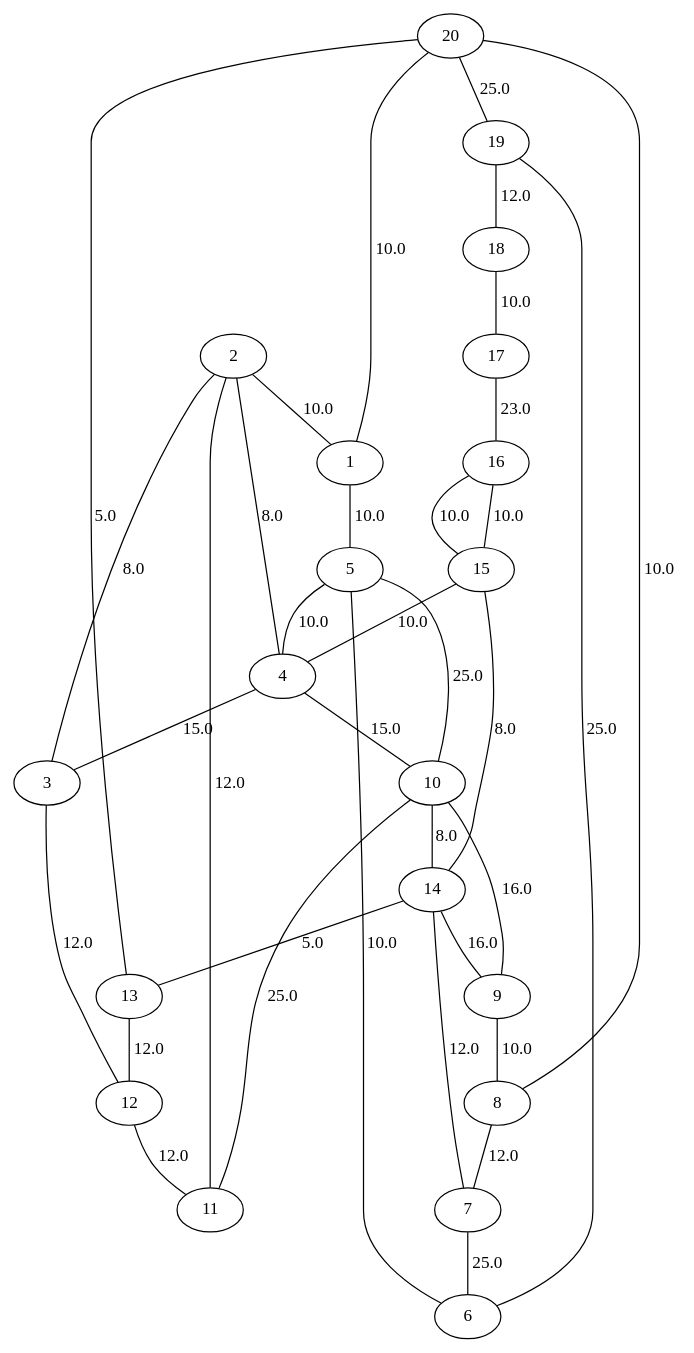
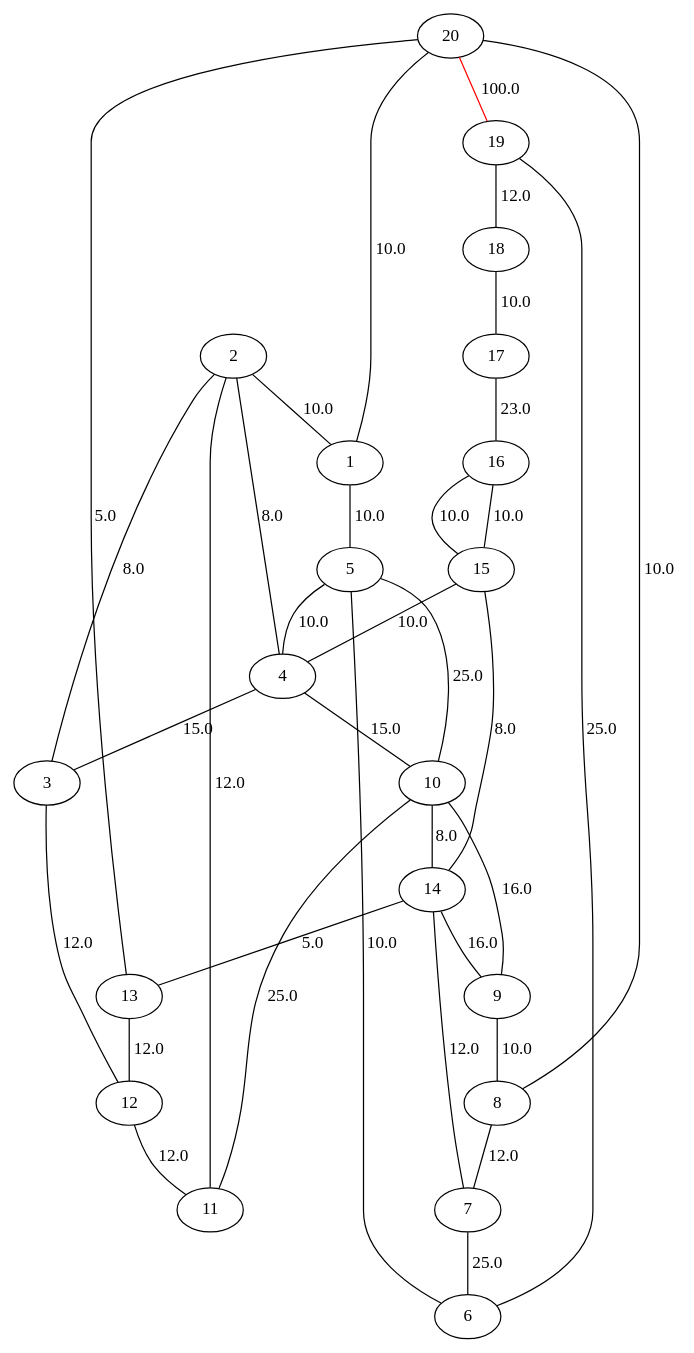
Before and after one commit to anotherhelloworld/graphvlad: the diagram in report/graphs/small.dot, drawn with Graphviz. The commit also changed 3 other files, not shown here.

```diff
--- a/report/graphs/small.dot
+++ b/report/graphs/small.dot
@@ -1,36 +1,36 @@
 graph G {
 	2 -- 1 [label = "10.0"]
 	3 -- 2 [label = "8.0"]
 	4 -- 3 [label = "15.0"]
 	5 -- 4 [label = "10.0"]
 	6 -- 5 [label = "10.0"]
 	7 -- 6 [label = "25.0"]
 	8 -- 7 [label = "12.0"]
 	9 -- 8 [label = "10.0"]
 	10 -- 9 [label = "16.0"]
 	11 -- 10 [label = "25.0"]
 	12 -- 11 [label = "12.0"]
 	13 -- 12 [label = "12.0"]
 	14 -- 13 [label = "5.0"]
 	15 -- 14 [label = "8.0"]
 	16 -- 15 [label = "10.0"]
 	17 -- 16 [label = "23.0"]
 	18 -- 17 [label = "10.0"]
 	19 -- 18 [label = "12.0"]
-	20 -- 19 [label = "25.0"]
+	20 -- 19 [label = "100.0", color=red]
 	20 -- 1 [label = "10.0"]
 	4 -- 2 [label = "8.0"]
 	4 -- 10 [label = "15.0"]
 	15 -- 4 [label = "10.0"]
 	1 -- 5 [label = "10.0"]
 	19 -- 6 [label = "25.0"]
 	14 -- 7 [label = "12.0"]
 	20 -- 8 [label = "10.0"]
 	14 -- 9 [label = "16.0"]
 	5 -- 10 [label = "25.0"]
 	2 -- 11 [label = "12.0"]
 	3 -- 12 [label = "12.0"]
 	20 -- 13 [label = "5.0"]
 	10 -- 14 [label = "8.0"]
 	16 -- 15 [label = "10.0"]
 }
```
